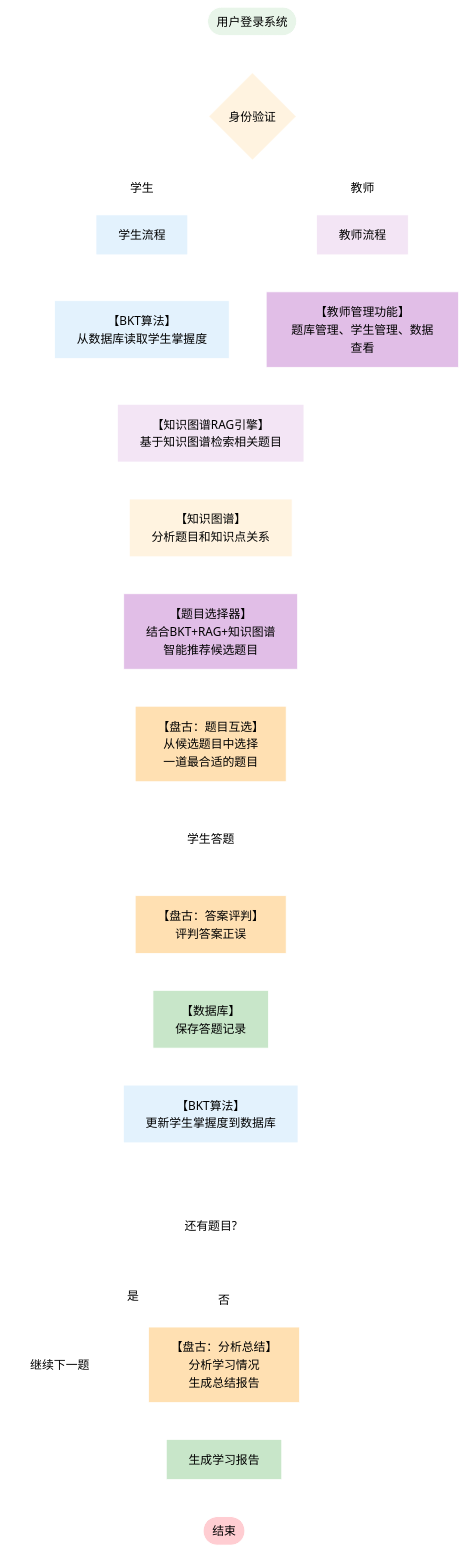
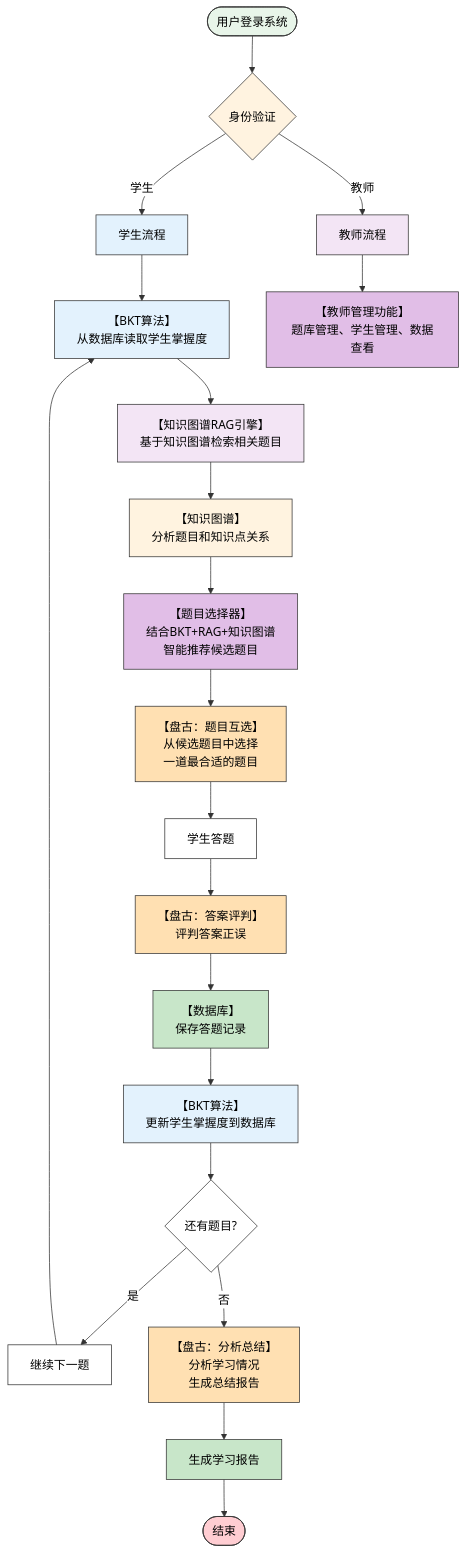
Before and after one commit to sribdcn/PersonalExam: the second of 3 diagrams in README.md, drawn with Mermaid. The commit also changed other lines of this file and 20 other files, not shown here.

First line of the commit message:
docs: 更新README使用指南并整理图片资源

````diff
--- a/README.md
+++ b/README.md
@@ -135,42 +135,42 @@
 ```mermaid
-%%{init: {'theme':'base', 'themeVariables': {'primaryBackgroundColor':'#ffffff', 'primaryTextColor':'#000000', 'primaryBorderColor':'#ffffff', 'lineColor':'#ffffff', 'edgeLabelBackground':'#ffffff', 'secondaryColor':'#f0f0f0', 'tertiaryColor':'#ffffff', 'mainBkgColor':'#ffffff', 'secondBkgColor':'#f5f5f5', 'tertiaryBkgColor':'#ffffff', 'background':'#ffffff', 'primaryColor':'#ffffff'}}}%%
+%%{init: {'theme':'base', 'themeVariables': {'primaryBackgroundColor':'#ffffff', 'primaryTextColor':'#000000', 'primaryBorderColor':'#333333', 'lineColor':'#333333', 'edgeLabelBackground':'#ffffff', 'secondaryColor':'#f0f0f0', 'tertiaryColor':'#ffffff', 'mainBkgColor':'#ffffff', 'secondBkgColor':'#f5f5f5', 'tertiaryBkgColor':'#ffffff', 'background':'#ffffff', 'primaryColor':'#ffffff'}}}%%
 flowchart TD
     Start([用户登录系统]) --> Auth{身份验证}
     Auth -->|学生| StudentFlow[学生流程]
     Auth -->|教师| TeacherFlow[教师流程]
     
     StudentFlow --> BKT1[【BKT算法】<br/>从数据库读取学生掌握度]
     BKT1 --> RAG[【知识图谱RAG引擎】<br/>基于知识图谱检索相关题目]
     RAG --> EntityExtract[【知识图谱】<br/>分析题目和知识点关系]
     EntityExtract --> Selector[【题目选择器】<br/>结合BKT+RAG+知识图谱<br/>智能推荐候选题目]
     Selector --> QuestionSelect[【盘古：题目互选】<br/>从候选题目中选择<br/>一道最合适的题目]
     QuestionSelect --> Answer[学生答题]
     Answer --> AnswerJudge[【盘古：答案评判】<br/>评判答案正误]
     AnswerJudge --> SaveDB[【数据库】<br/>保存答题记录]
     SaveDB --> BKT2[【BKT算法】<br/>更新学生掌握度到数据库]
     BKT2 --> Decision{还有题目?}
     Decision -->|是| Next[继续下一题]
     Decision -->|否| Analysis[【盘古：分析总结】<br/>分析学习情况<br/>生成总结报告]
     Next --> BKT1
     Analysis --> Report[生成学习报告]
     Report --> End([结束])
     
     TeacherFlow --> Manage[【教师管理功能】<br/>题库管理、学生管理、数据查看]
     
     style Start fill:#E8F5E9
     style Auth fill:#FFF3E0
     style StudentFlow fill:#E3F2FD
     style TeacherFlow fill:#F3E5F5
     style BKT1 fill:#E3F2FD
     style RAG fill:#F3E5F5
     style EntityExtract fill:#FFF3E0
     style Selector fill:#E1BEE7
     style QuestionSelect fill:#FFE0B2
     style AnswerJudge fill:#FFE0B2
     style SaveDB fill:#C8E6C9
     style BKT2 fill:#E3F2FD
     style Analysis fill:#FFE0B2
     style Report fill:#C8E6C9
     style End fill:#FFCDD2
     style Manage fill:#E1BEE7
 ```
````
